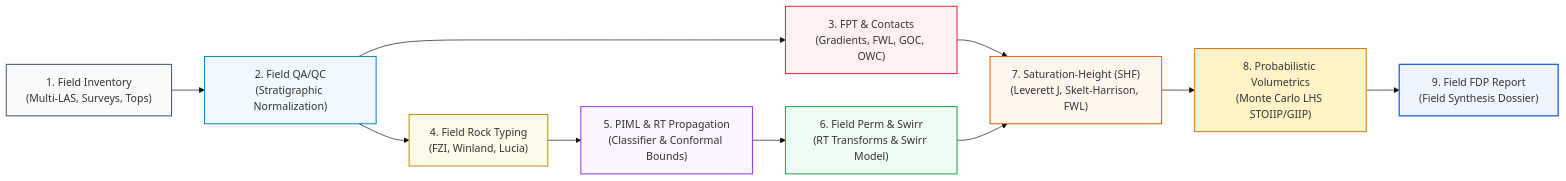
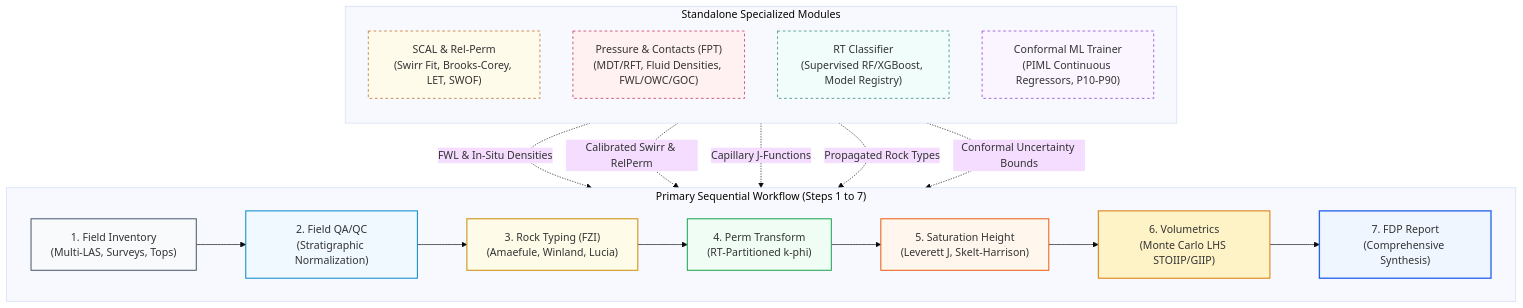
Before and after one commit to imranfadhil/quick_pp: the first of 3 diagrams in docs/workflows/multi_well.md, drawn with Mermaid (base theme). The commit also changed other lines of this file and 5 other files, not shown here.

````diff
--- a/docs/workflows/multi_well.md
+++ b/docs/workflows/multi_well.md
@@ -13,21 +15,39 @@
 ```mermaid
-flowchart LR
-    M1["1. Field Inventory\n(Multi-LAS, Surveys, Tops)"] --> M2["2. Field QA/QC\n(Stratigraphic Normalization)"]
-    M2 --> M3["3. FPT & Contacts\n(Gradients, FWL, GOC, OWC)"]
-    M2 --> M4["4. Field Rock Typing\n(FZI, Winland, Lucia)"]
-    M4 --> M5["5. PIML & RT Propagation\n(Classifier & Conformal Bounds)"]
-    M5 --> M6["6. Field Perm & Swirr\n(RT Transforms & Swirr Model)"]
-    M3 & M6 --> M7["7. Saturation-Height (SHF)\n(Leverett J, Skelt-Harrison, FWL)"]
-    M7 --> M8["8. Probabilistic Volumetrics\n(Monte Carlo LHS STOIIP/GIIP)"]
-    M8 --> M9["9. Field FDP Report\n(Field Synthesis Dossier)"]
+flowchart TD
+    subgraph Primary ["Primary Sequential Workflow (Steps 1 to 7)"]
+        direction LR
+        S1["1. Field Inventory\n(Multi-LAS, Surveys, Tops)"] --> S2["2. Field QA/QC\n(Stratigraphic Normalization)"]
+        S2 --> S3["3. Rock Typing (FZI)\n(Amaefule, Winland, Lucia)"]
+        S3 --> S4["4. Perm Transform\n(RT-Partitioned k-phi)"]
+        S4 --> S5["5. Saturation Height\n(Leverett J, Skelt-Harrison)"]
+        S5 --> S6["6. Volumetrics\n(Monte Carlo LHS STOIIP/GIIP)"]
+        S6 --> S7["7. FDP Report\n(Comprehensive Synthesis)"]
+    end
 
-    style M1 fill:#f8fafc,stroke:#475569,stroke-width:1.5px
-    style M2 fill:#f0f9ff,stroke:#0284c7,stroke-width:1.5px
-    style M3 fill:#fff1f2,stroke:#e11d48,stroke-width:1.5px
-    style M4 fill:#fefce8,stroke:#ca8a04,stroke-width:1.5px
-    style M5 fill:#faf5ff,stroke:#9333ea,stroke-width:1.5px
-    style M6 fill:#f0fdf4,stroke:#16a34a,stroke-width:1.5px
-    style M7 fill:#fff7ed,stroke:#ea580c,stroke-width:1.5px
-    style M8 fill:#fef3c7,stroke:#d97706,stroke-width:1.5px
-    style M9 fill:#eff6ff,stroke:#2563eb,stroke-width:2px
+    subgraph Standalone ["Standalone Specialized Modules"]
+        direction TB
+        M_SCAL["SCAL & Rel-Perm\n(Swirr Fit, Brooks-Corey, LET, SWOF)"]
+        M_FPT["Pressure & Contacts (FPT)\n(MDT/RFT, Fluid Densities, FWL/OWC/GOC)"]
+        M_CLF["RT Classifier\n(Supervised RF/XGBoost, Model Registry)"]
+        M_ML["Conformal ML Trainer\n(PIML Continuous Regressors, P10-P90)"]
+    end
+
+    M_FPT -.->|"FWL & In-Situ Densities"| S5
+    M_SCAL -.->|"Calibrated Swirr & RelPerm"| S4
+    M_SCAL -.->|"Capillary J-Functions"| S5
+    M_CLF -.->|"Propagated Rock Types"| S4
+    M_ML -.->|"Conformal Uncertainty Bounds"| S6
+
+    style S1 fill:#f8fafc,stroke:#475569,stroke-width:1.5px
+    style S2 fill:#f0f9ff,stroke:#0284c7,stroke-width:1.5px
+    style S3 fill:#fefce8,stroke:#ca8a04,stroke-width:1.5px
+    style S4 fill:#f0fdf4,stroke:#16a34a,stroke-width:1.5px
+    style S5 fill:#fff7ed,stroke:#ea580c,stroke-width:1.5px
+    style S6 fill:#fef3c7,stroke:#d97706,stroke-width:1.5px
+    style S7 fill:#eff6ff,stroke:#2563eb,stroke-width:2px
+
+    style M_SCAL fill:#fffbeb,stroke:#b45309,stroke-dasharray: 4 4
+    style M_FPT fill:#fff1f2,stroke:#be123c,stroke-dasharray: 4 4
+    style M_CLF fill:#f0fdfa,stroke:#0f766e,stroke-dasharray: 4 4
+    style M_ML fill:#faf5ff,stroke:#7e22ce,stroke-dasharray: 4 4
 ```
````
